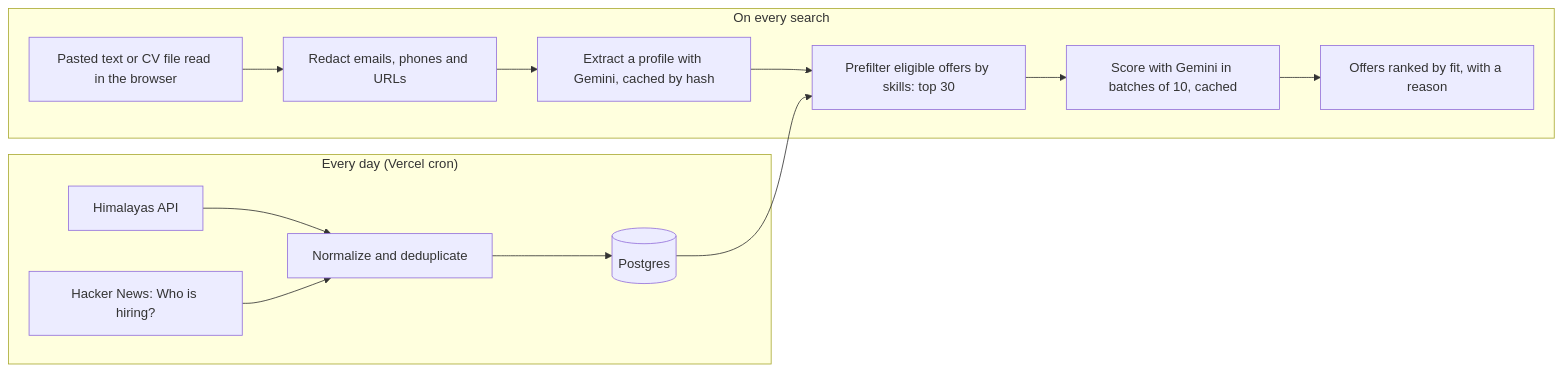
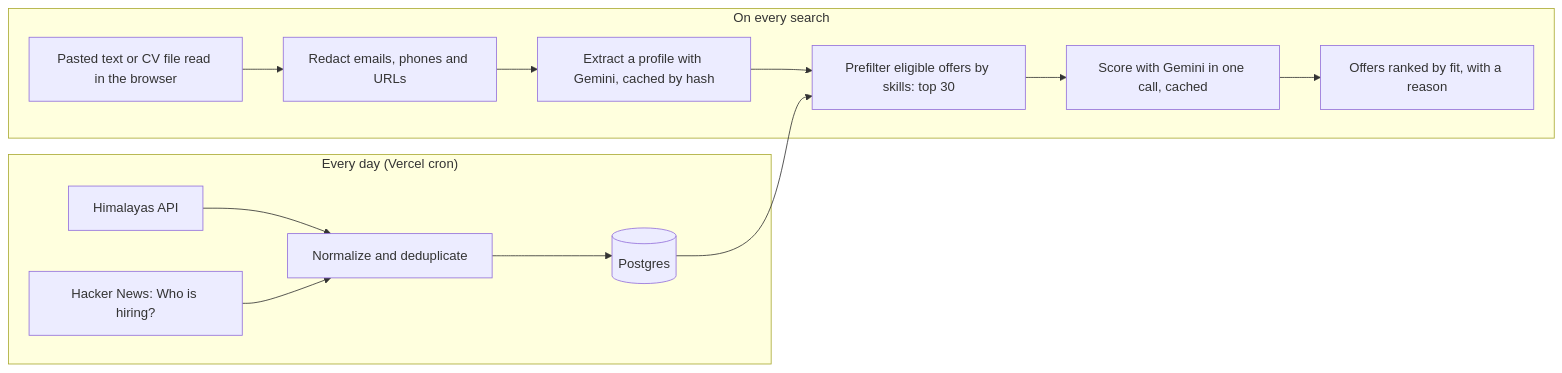
The diagram in README.md (valenberdev/radar-ofertas-it), drawn with Mermaid before and after one commit. The commit also changed other lines of this file, not shown here.

````diff
--- a/README.md
+++ b/README.md
@@ -11,16 +11,16 @@
 ```mermaid
 flowchart LR
   subgraph Daily["Every day (Vercel cron)"]
     S1[Himalayas API] --> N[Normalize and deduplicate]
     S2[Hacker News: Who is hiring?] --> N
     N --> DB[(Postgres)]
   end
   subgraph Search["On every search"]
     CV[Pasted text or CV file read in the browser] --> R[Redact emails, phones and URLs]
     R --> P[Extract a profile with Gemini, cached by hash]
     P --> F[Prefilter eligible offers by skills: top 30]
     DB --> F
-    F --> G[Score with Gemini in batches of 10, cached]
+    F --> G[Score with Gemini in one call, cached]
     G --> O[Offers ranked by fit, with a reason]
   end
 ```
````
